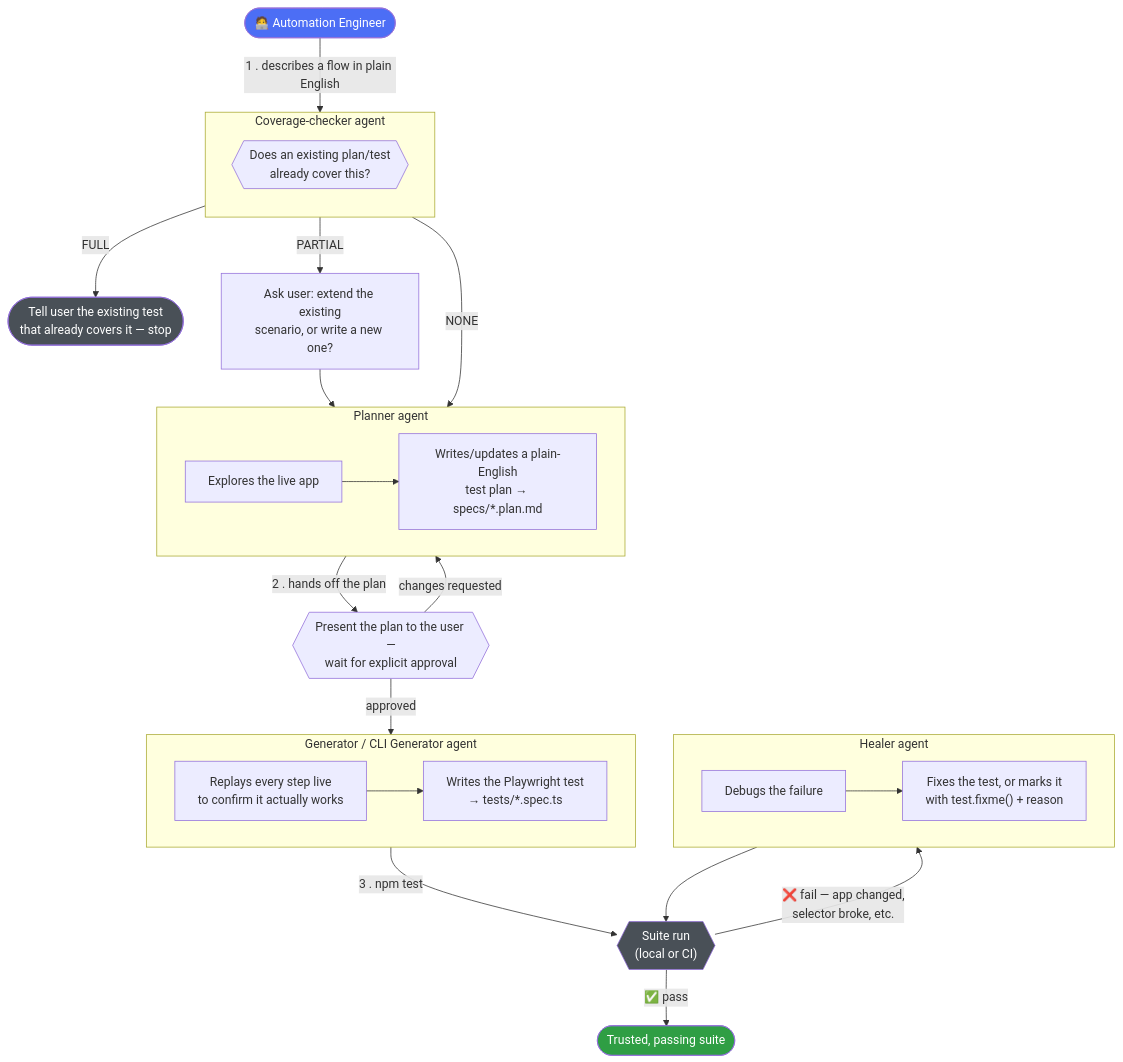
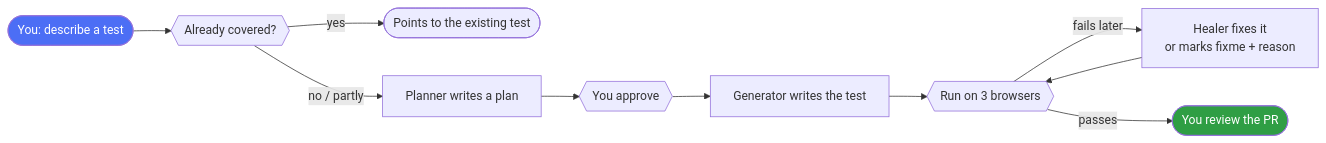
One commit to nitesh00747/PromtDrivenAutomation_JavaScript changed the diagram in README.md. Above: the diagram before and after it, drawn with Mermaid. The commit also changed other lines of this file and 2 other files, not shown here.

````diff
--- a/README.md
+++ b/README.md
@@ -20,47 +15,14 @@
 ```mermaid
-flowchart TD
-    ENG(["🧑‍💻 Automation Engineer"])
-    ENG -->|"1 . describes a flow in plain English"| CHECK
-
-    subgraph CHECK["Coverage-checker agent"]
-        direction TB
-        C1{{"Does an existing plan/test\nalready cover this?"}}
-    end
-    CHECK -->|"FULL"| STOP(["Tell user the existing test\nthat already covers it — stop"])
-    CHECK -->|"PARTIAL"| ASK["Ask user: extend the existing\nscenario, or write a new one?"] --> PLAN
-    CHECK -->|"NONE"| PLAN
-
-    subgraph PLAN["Planner agent"]
-        P1["Explores the live app"]
-        P2["Writes/updates a plain-English\ntest plan → specs/*.plan.md"]
-        P1 --> P2
-    end
-
-    PLAN -->|"2 . hands off the plan"| APPROVE{{"Present the plan to the user —\nwait for explicit approval"}}
-    APPROVE -->|"changes requested"| PLAN
-    APPROVE -->|"approved"| GEN
-
-    subgraph GEN["Generator / CLI Generator agent"]
-        G1["Replays every step live\nto confirm it actually works"]
-        G2["Writes the Playwright test\n→ tests/*.spec.ts"]
-        G1 --> G2
-    end
-
-    GEN -->|"3 . npm test"| CI{{"Suite run\n(local or CI)"}}
-
-    CI -->|"✅ pass"| DONE(["Trusted, passing suite"])
-    CI -->|"❌ fail — app changed,\nselector broke, etc."| HEAL
-
-    subgraph HEAL["Healer agent"]
-        H1["Debugs the failure"]
-        H2["Fixes the test, or marks it\nwith test.fixme() + reason"]
-        H1 --> H2
-    end
-
-    HEAL --> CI
-
-    style ENG fill:#4c6ef5,color:#fff
-    style DONE fill:#2f9e44,color:#fff
-    style STOP fill:#495057,color:#fff
-    style CI fill:#495057,color:#fff
+flowchart LR
+    YOU(["You: describe a test"]) --> CHECK{{"Already covered?"}}
+    CHECK -->|"yes"| STOP(["Points to the existing test"])
+    CHECK -->|"no / partly"| PLAN["Planner writes a plan"]
+    PLAN --> OK{{"You approve"}}
+    OK --> GEN["Generator writes the test"]
+    GEN --> RUN{{"Run on 3 browsers"}}
+    RUN -->|"fails later"| HEAL["Healer fixes it\nor marks fixme + reason"]
+    HEAL --> RUN
+    RUN -->|"passes"| PR(["You review the PR"])
+    style YOU fill:#4c6ef5,color:#fff
+    style PR fill:#2f9e44,color:#fff
 ```
````
